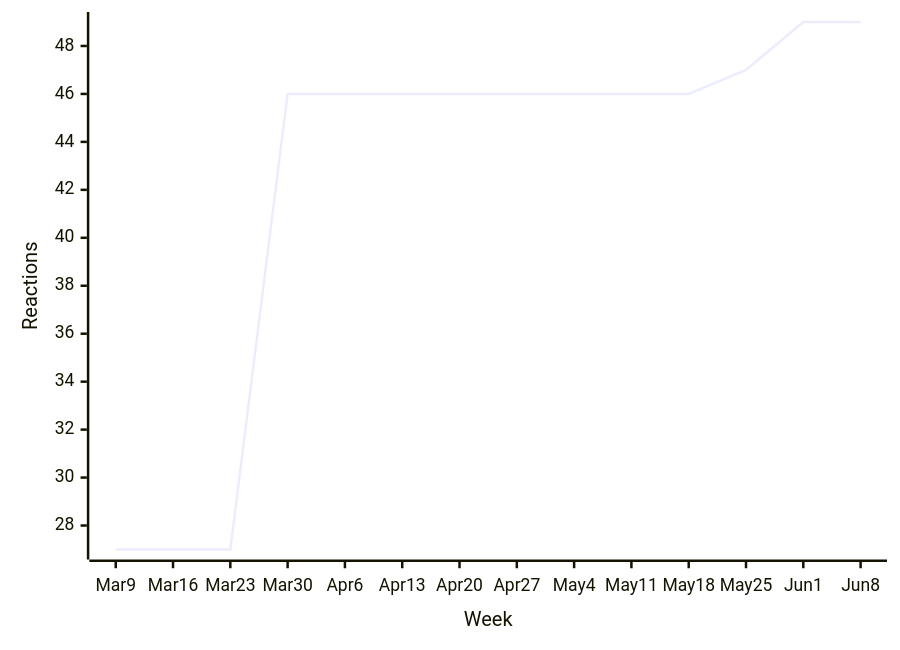
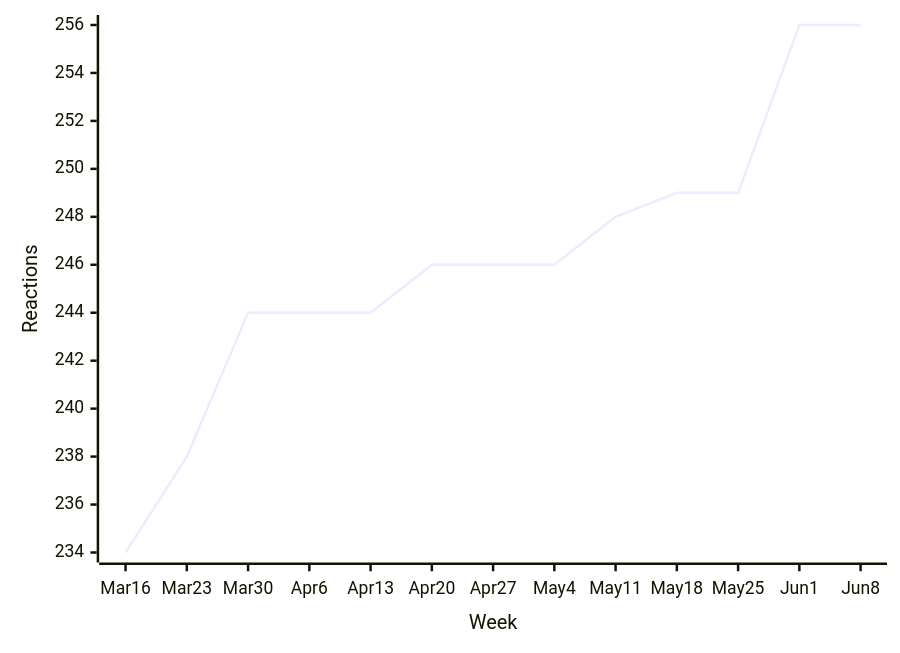
One commit to loic-sharma/github-insights changed the sixth of 45 diagrams in README.md. Above: the diagram before and after it, drawn with Mermaid. The commit also changed other lines of this file and 3 other files, not shown here.

````diff
--- a/README.md
+++ b/README.md
@@ -424,6 +424,6 @@
   ```mermaid
   xychart-beta
-    x-axis "Week" [Mar 9, Mar 16, Mar 23, Mar 30, Apr 6, Apr 13, Apr 20, Apr 27, May 4, May 11, May 18, May 25, Jun 1, Jun 8]
+    x-axis "Week" [Mar 16, Mar 23, Mar 30, Apr 6, Apr 13, Apr 20, Apr 27, May 4, May 11, May 18, May 25, Jun 1, Jun 8]
     y-axis "Reactions"
-    line [27, 27, 27, 46, 46, 46, 46, 46, 46, 46, 46, 47, 49, 49]
+    line [234, 238, 244, 244, 244, 246, 246, 246, 248, 249, 249, 256, 256]
   ```
````
